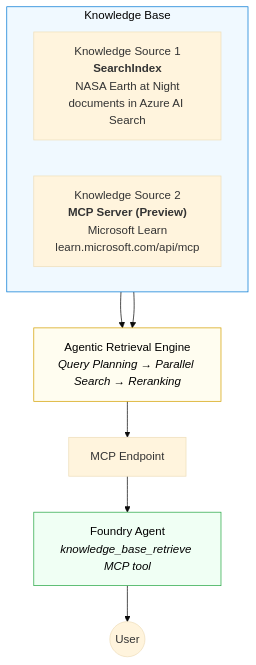
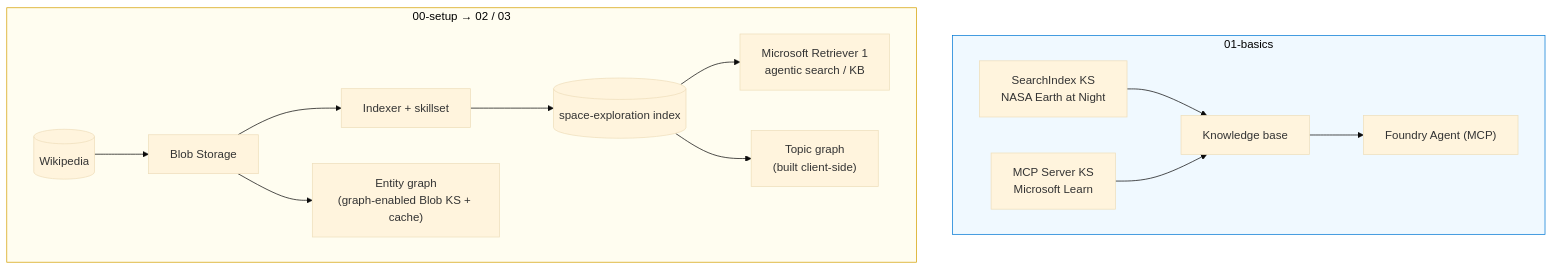
The diagram in README.md (divssheth/foundry-iq-demos), drawn with Mermaid (base theme) before and after one commit. The commit also changed other lines of this file and 14 other files, not shown here.

First line of the commit message:
Add Foundry IQ learning path: setup, Retriever 1, topic graph and entity graph notebooks

````diff
--- a/README.md
+++ b/README.md
@@ -14,17 +25,15 @@
 ```mermaid
 flowchart TB
-    subgraph KB["Knowledge Base"]
-        direction LR
-        KS1["Knowledge Source 1<br/><b>SearchIndex</b><br/>NASA Earth at Night<br/>documents in Azure AI Search"]
-        KS2["Knowledge Source 2<br/><b>MCP Server (Preview)</b><br/>Microsoft Learn<br/>learn.microsoft.com/api/mcp"]
+    subgraph Basics["01-basics"]
+        KS1["SearchIndex KS<br/>NASA Earth at Night"] & KS2["MCP Server KS<br/>Microsoft Learn"] --> KB1["Knowledge base"] --> Agent["Foundry Agent (MCP)"]
+    end
+    subgraph Space["00-setup → 02 / 03"]
+        Wiki[("Wikipedia")] --> Blob["Blob Storage"] --> Pipe["Indexer + skillset"] --> IDX[("space-exploration index")]
+        IDX --> MR1["Microsoft Retriever 1<br/>agentic search / KB"]
+        IDX --> TG["Topic graph<br/>(built client-side)"]
+        Blob --> EG["Entity graph<br/>(graph-enabled Blob KS + cache)"]
     end
 
-    KS1 & KS2 --> Engine["Agentic Retrieval Engine<br/><i>Query Planning → Parallel Search → Reranking</i>"]
-    Engine --> MCP["MCP Endpoint"]
-    MCP --> Agent["Foundry Agent<br/><i>knowledge_base_retrieve MCP tool</i>"]
-    Agent --> User(("User"))
-
-    style KB fill:#f0f9ff,stroke:#0078d4,color:#000
-    style Engine fill:#fffdf0,stroke:#d4a000,color:#000
-    style Agent fill:#f0fff4,stroke:#28a745,color:#000
+    style Basics fill:#f0f9ff,stroke:#0078d4,color:#000
+    style Space fill:#fffdf0,stroke:#d4a000,color:#000
 ```
````
